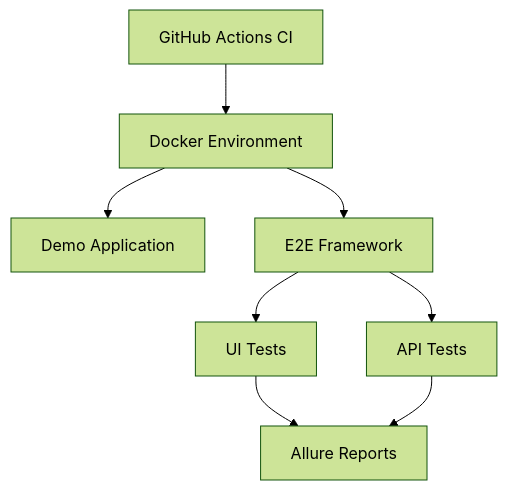
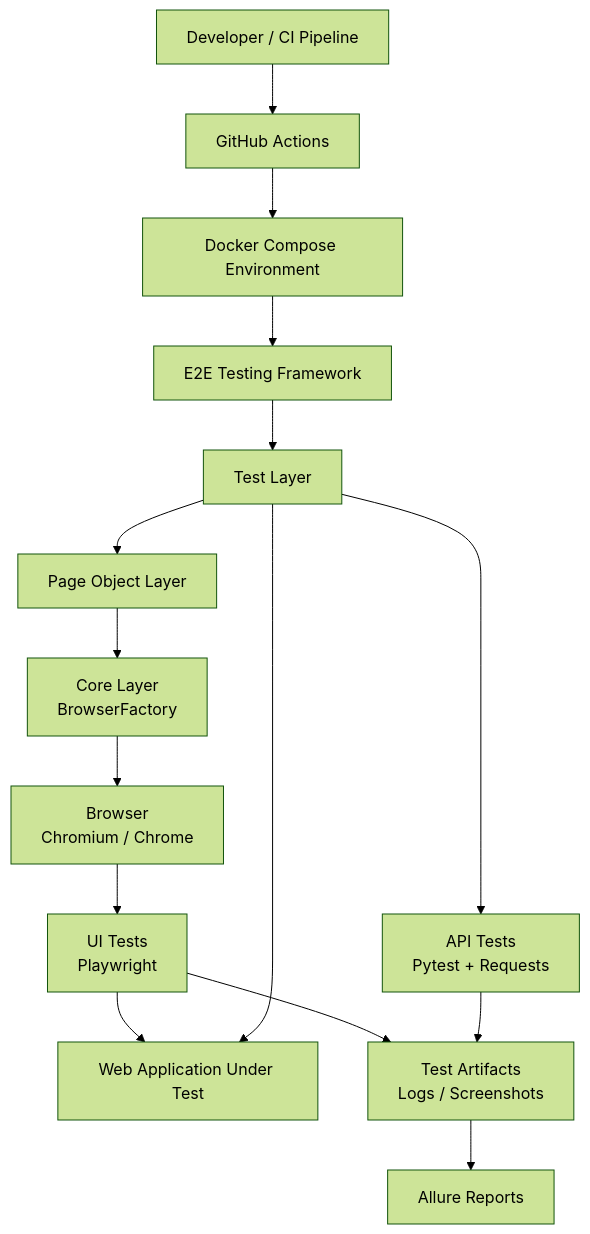
The diagram in docs/Project_Doc_Rus.md (woofiwaffle/E2E-Testing-Framework), drawn with Mermaid (forest theme) before and after one commit.

Commit message:
rd upd 5

````diff
--- a/docs/Project_Doc_Rus.md
+++ b/docs/Project_Doc_Rus.md
@@ -72,13 +72,26 @@
 ```mermaid
-graph TD
+flowchart TD
 
-A[GitHub Actions CI] --> B[Docker Environment]
-B --> C[Demo Application]
-B --> D[E2E Framework]
+A[Developer / CI Pipeline] --> B[GitHub Actions]
 
-D --> E[UI Tests]
-D --> F[API Tests]
+B --> C[Docker Compose Environment]
 
-E --> G[Allure Reports]
-F --> G
+C --> D[E2E Testing Framework]
+
+D --> E[Test Layer]
+
+E --> F[Page Object Layer]
+F --> G[Core Layer<br>BrowserFactory]
+G --> H[Browser<br>Chromium / Chrome]
+
+H --> I[UI Tests<br>Playwright]
+E --> J[API Tests<br>Pytest + Requests]
+
+I --> K[Web Application Under Test]
+E --> K
+
+I --> L[Test Artifacts<br>Logs / Screenshots]
+J --> L
+
+L --> M[Allure Reports]
 ```
````
